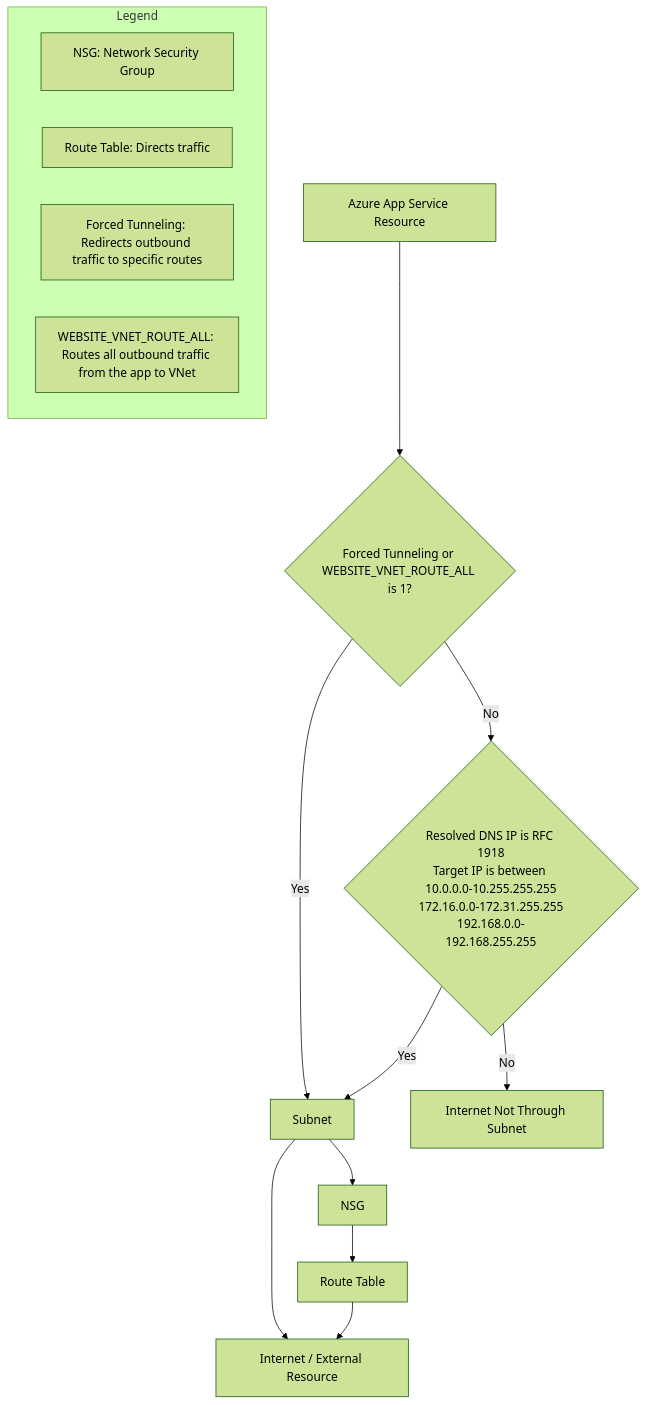
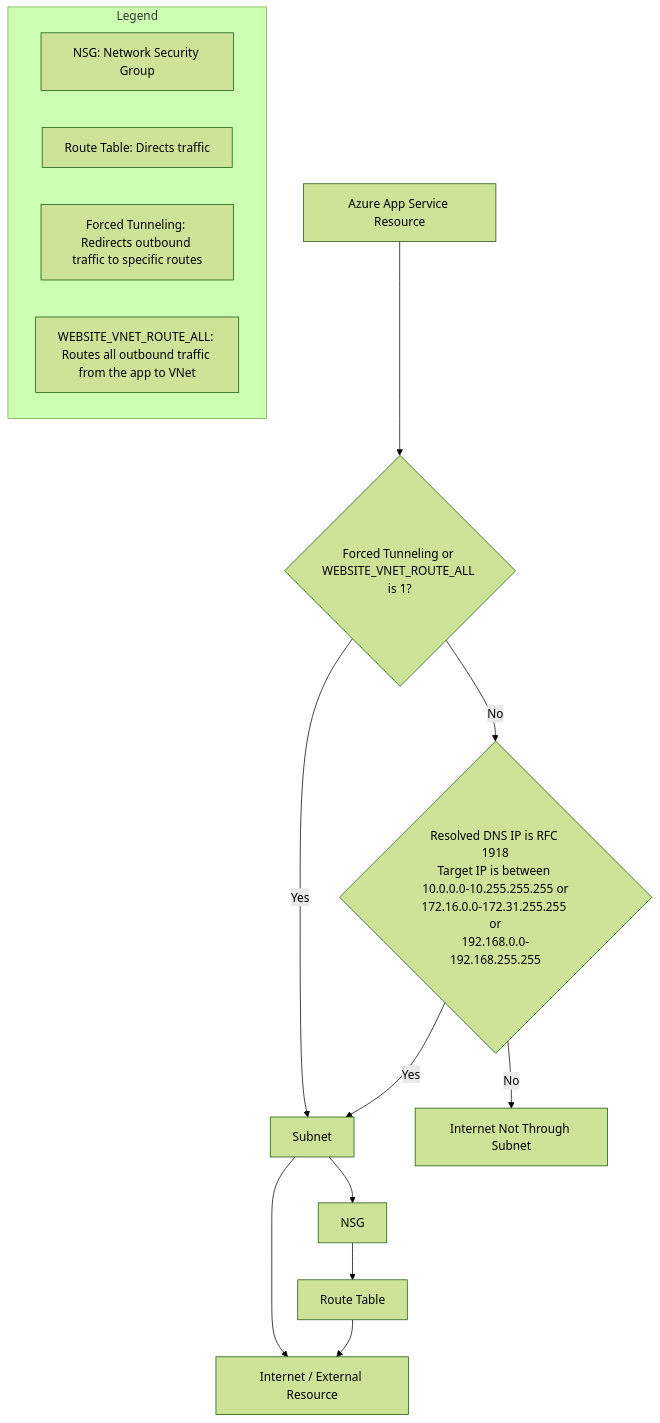
One commit to matt5689/AzureDeployTest changed the diagram in README.md. Above: the diagram before and after it, drawn with Mermaid (forest theme).

````diff
--- a/README.md
+++ b/README.md
@@ -6,19 +6,19 @@
 ```mermaid
 graph TD
     A[Azure App Service Resource] --> F{Forced Tunneling or WEBSITE_VNET_ROUTE_ALL is 1?}
     F -- Yes --> B[Subnet]
-    F -- No --> G{Resolved DNS IP is RFC 1918<br />Target IP is between <br />10.0.0.0-10.255.255.255<br />172.16.0.0-172.31.255.255<br />192.168.0.0-192.168.255.255}
+    F -- No --> G{Resolved DNS IP is RFC 1918<br />Target IP is between <br />10.0.0.0-10.255.255.255 or<br />172.16.0.0-172.31.255.255 or<br />192.168.0.0-192.168.255.255}
     G -- Yes --> B[Subnet]--> E[Internet / External Resource]
     G -- No --> H[Internet Not Through Subnet]
     B --> C[NSG]
     C --> D[Route Table]
     D --> E[Internet / External Resource]
 
     %% Legend
     subgraph Legend
         L1[NSG: Network Security Group]
         L2[Route Table: Directs traffic]
         L3[Forced Tunneling: Redirects outbound traffic to specific routes]
         L4[WEBSITE_VNET_ROUTE_ALL: Routes all outbound traffic from the app to VNet]
     end
 ```
````
